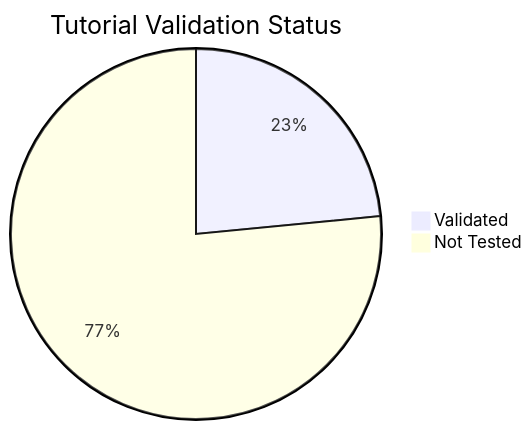
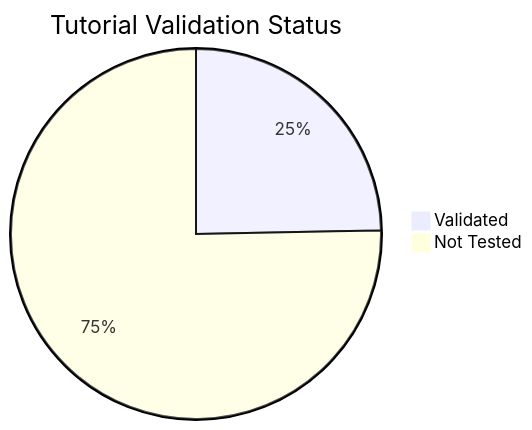
Before and after one commit to yeongseon/azure-container-apps-practical-guide: the diagram in docs/reference/validation-status.md, drawn with Mermaid. The commit also changed other lines of this file and 1 other file, not shown here.

````diff
--- a/docs/reference/validation-status.md
+++ b/docs/reference/validation-status.md
@@ -35,5 +35,5 @@
 ```mermaid
 pie title Tutorial Validation Status
-    "Validated" : 19
-    "Not Tested" : 62
+    "Validated" : 20
+    "Not Tested" : 61
 ```
````
